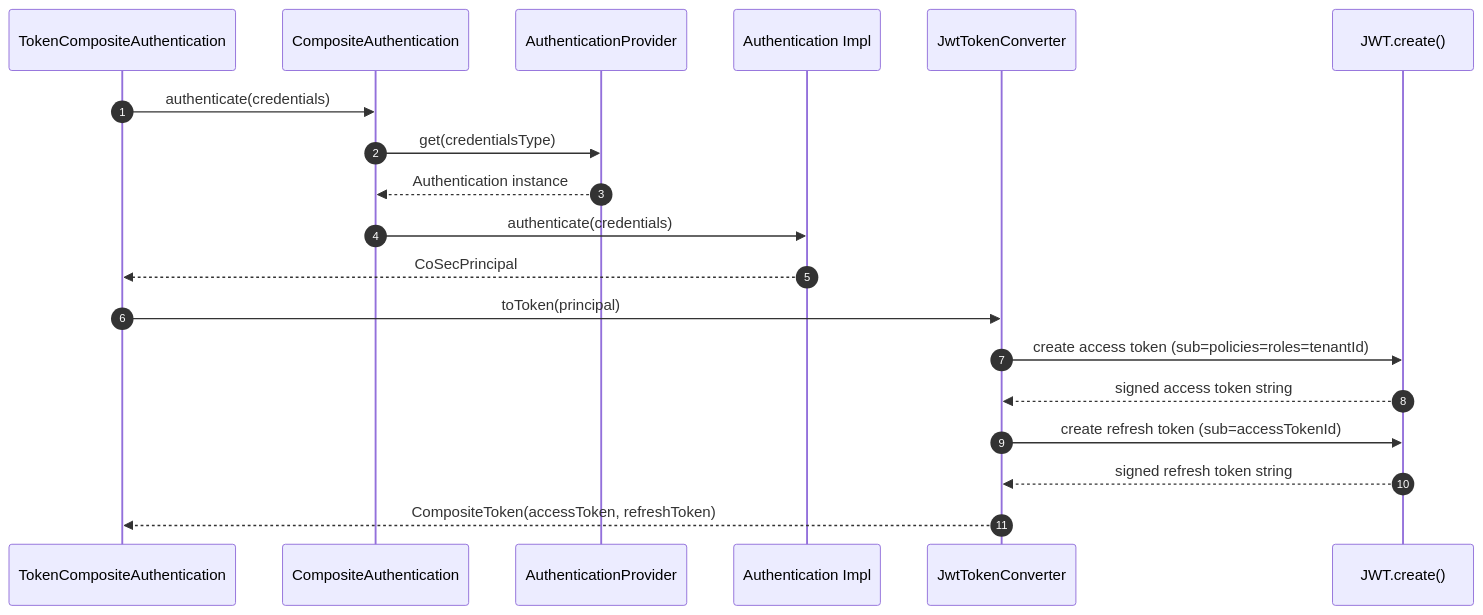
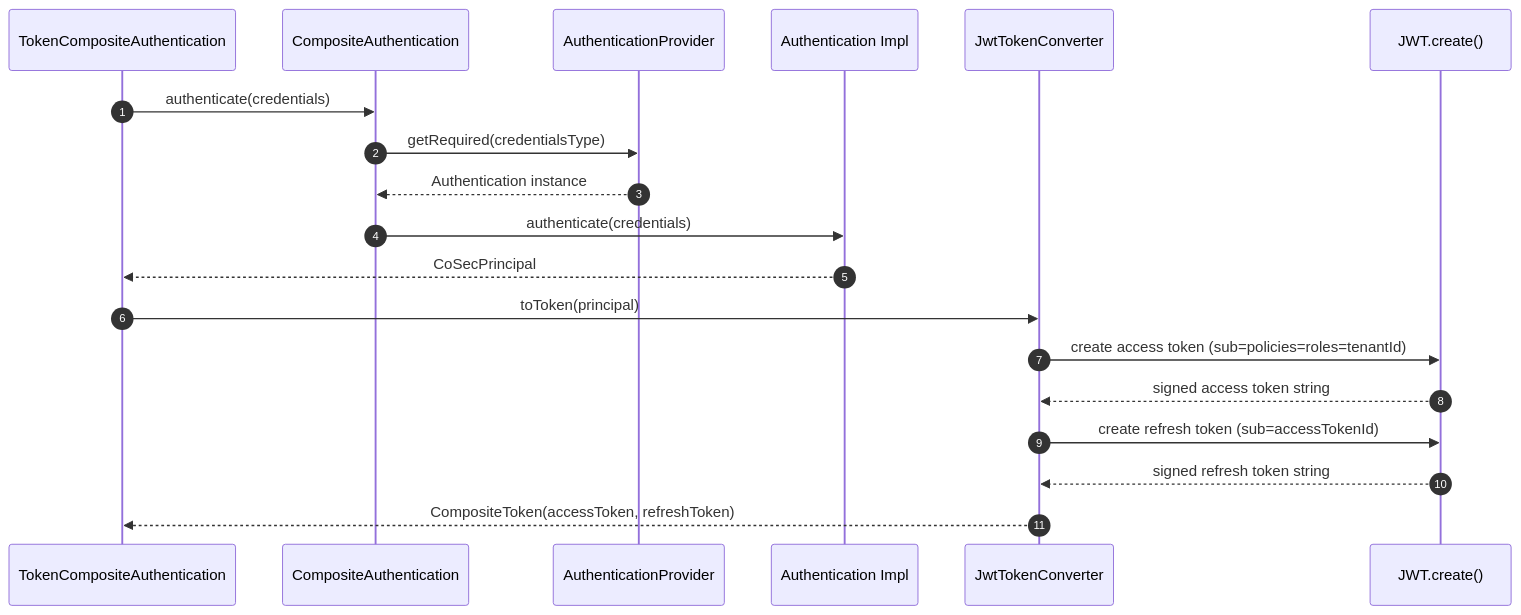
One commit to Ahoo-Wang/CoSec changed the first of 3 diagrams in wiki/deep-dive/authentication/jwt-integration.md. Above: the diagram before and after it, drawn with Mermaid. The commit also changed other lines of this file and 59 other files, not shown here.

````diff
--- a/wiki/deep-dive/authentication/jwt-integration.md
+++ b/wiki/deep-dive/authentication/jwt-integration.md
@@ -111,23 +111,23 @@
 ```mermaid
 sequenceDiagram
     autonumber
     participant Auth as TokenCompositeAuthentication
     participant CA as CompositeAuthentication
     participant AP as AuthenticationProvider
     participant Impl as Authentication Impl
     participant Conv as JwtTokenConverter
     participant JWT as JWT.create()
 
     Auth->>CA: authenticate(credentials)
-    CA->>AP: get(credentialsType)
+    CA->>AP: getRequired(credentialsType)
     AP-->>CA: Authentication instance
     CA->>Impl: authenticate(credentials)
     Impl-->>Auth: CoSecPrincipal
     Auth->>Conv: toToken(principal)
     Conv->>JWT: create access token (sub=policies=roles=tenantId)
     JWT-->>Conv: signed access token string
     Conv->>JWT: create refresh token (sub=accessTokenId)
     JWT-->>Conv: signed refresh token string
     Conv-->>Auth: CompositeToken(accessToken, refreshToken)
 
 ```
````
